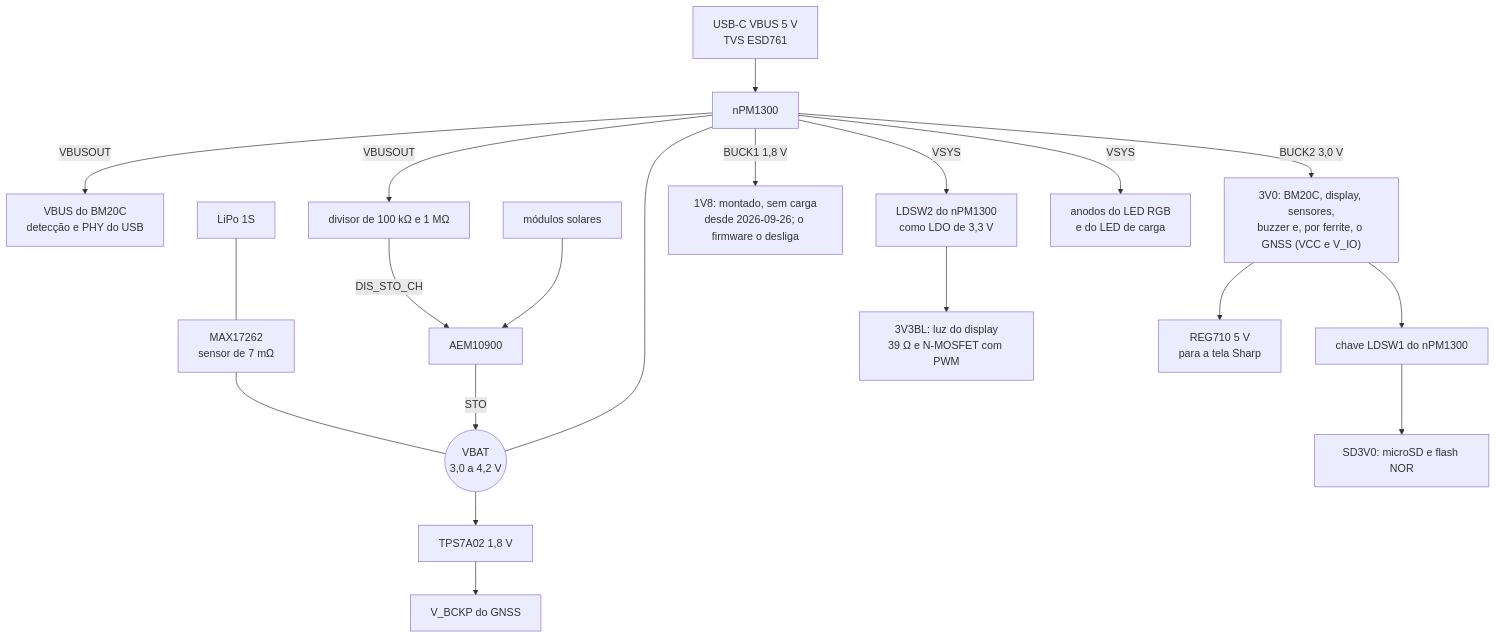
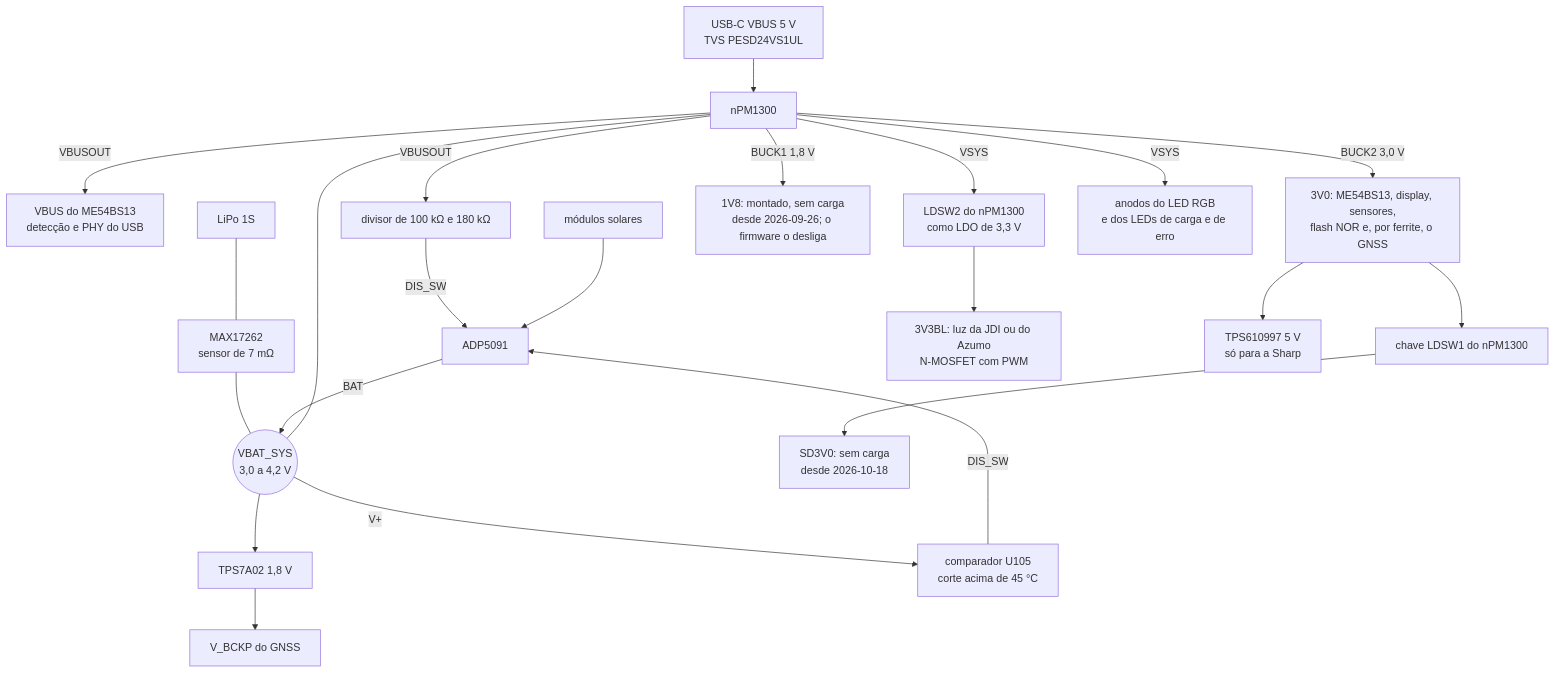
The second of 3 diagrams in docs/14-hardware-placa-nova.md (Guiimartinho/gnss-bike-computer), drawn with Mermaid before and after one commit. The commit also changed other lines of this file and 63 other files, not shown here.

````diff
--- a/docs/14-hardware-placa-nova.md
+++ b/docs/14-hardware-placa-nova.md
@@ -81,22 +94,24 @@
 ```mermaid
 flowchart TD
-    VBUS["USB-C VBUS 5 V<br/>TVS ESD761"] --> PMIC["nPM1300"]
-    PMIC -->|"VBUSOUT"| NRFVBUS["VBUS do BM20C<br/>detecção e PHY do USB"]
-    PMIC -->|"VBUSOUT"| DIV["divisor de 100 kΩ e 1 MΩ"]
-    DIV -->|"DIS_STO_CH"| AEM
+    VBUS["USB-C VBUS 5 V<br/>TVS PESD24VS1UL"] --> PMIC["nPM1300"]
+    PMIC -->|"VBUSOUT"| NRFVBUS["VBUS do ME54BS13<br/>detecção e PHY do USB"]
+    PMIC -->|"VBUSOUT"| DIV["divisor de 100 kΩ e 180 kΩ"]
+    DIV -->|"DIS_SW"| AEM
     CELL["LiPo 1S"] --- GAUGE["MAX17262<br/>sensor de 7 mΩ"]
-    GAUGE --- VBAT(("VBAT<br/>3,0 a 4,2 V"))
+    GAUGE --- VBAT(("VBAT_SYS<br/>3,0 a 4,2 V"))
     VBAT --- PMIC
-    PV["módulos solares"] --> AEM["AEM10900"]
-    AEM -->|"STO"| VBAT
+    PV["módulos solares"] --> AEM["ADP5091"]
+    AEM -->|"BAT"| VBAT
     VBAT --> LDO["TPS7A02 1,8 V"]
     LDO --> VBCKP["V_BCKP do GNSS"]
-    PMIC -->|"BUCK2 3,0 V"| R3V0["3V0: BM20C, display, sensores,<br/>buzzer e, por ferrite, o GNSS (VCC e V_IO)"]
+    VBAT -->|"V+"| CMP["comparador U105<br/>corte acima de 45 °C"]
+    CMP -->|"DIS_SW"| AEM
+    PMIC -->|"BUCK2 3,0 V"| R3V0["3V0: ME54BS13, display, sensores,<br/>flash NOR e, por ferrite, o GNSS"]
     PMIC -->|"BUCK1 1,8 V"| R1V8["1V8: montado, sem carga<br/>desde 2026-09-26; o firmware o desliga"]
     R3V0 --> LSW["chave LDSW1 do nPM1300"]
-    LSW --> RSD["SD3V0: microSD e flash NOR"]
+    LSW --> RSD["SD3V0: sem carga<br/>desde 2026-10-18"]
     PMIC -->|"VSYS"| LDO2["LDSW2 do nPM1300<br/>como LDO de 3,3 V"]
-    LDO2 --> RBL["3V3BL: luz do display<br/>39 Ω e N-MOSFET com PWM"]
-    PMIC -->|"VSYS"| RLED["anodos do LED RGB<br/>e do LED de carga"]
-    R3V0 --> CP["REG710 5 V<br/>para a tela Sharp"]
+    LDO2 --> RBL["3V3BL: luz da JDI ou do Azumo<br/>N-MOSFET com PWM"]
+    PMIC -->|"VSYS"| RLED["anodos do LED RGB<br/>e dos LEDs de carga e de erro"]
+    R3V0 --> CP["TPS610997 5 V<br/>só para a Sharp"]
 ```
````
